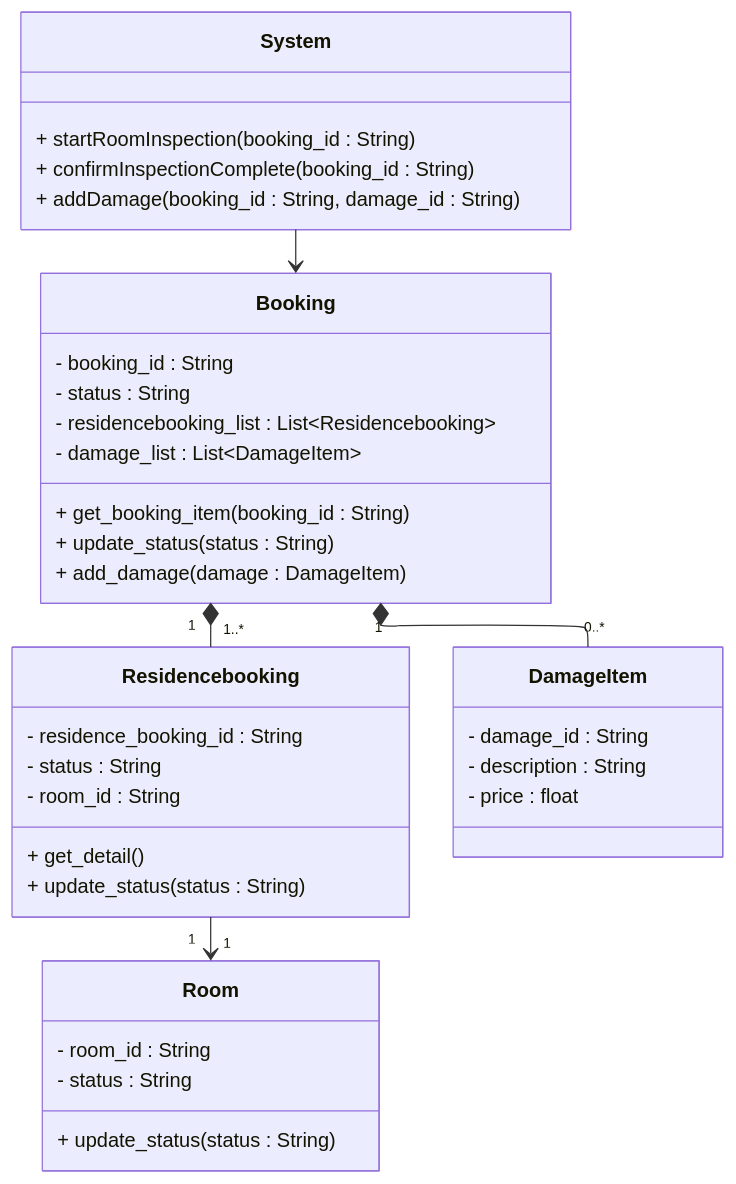
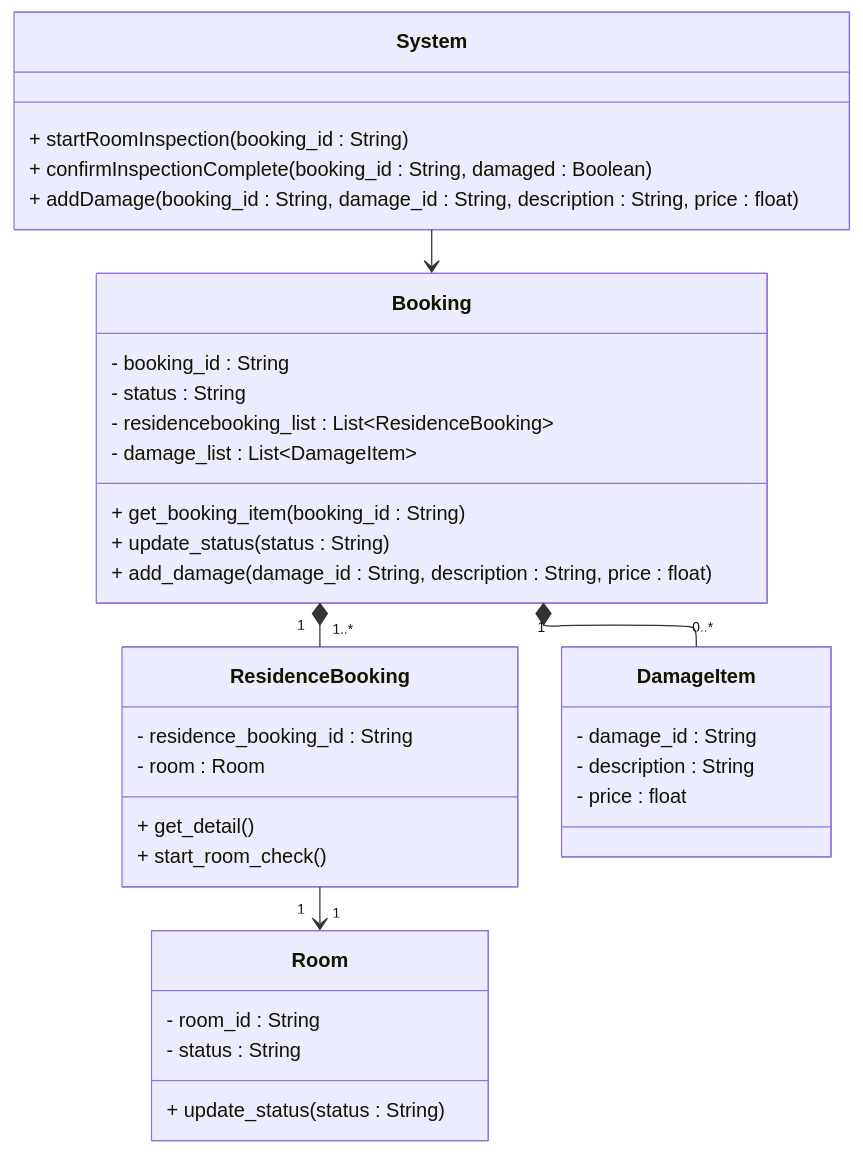
The diagram in Classcheckroom.mmd (NamkingArea86/trip-oop-project), drawn with Mermaid before and after one commit. The commit also changed 4 other files, not shown here.

```diff
--- a/Classcheckroom.mmd
+++ b/Classcheckroom.mmd
@@ -1,50 +1,49 @@
 ---
 config:
   layout: elk
 ---
 classDiagram
 direction TB
 
 class System {
     + startRoomInspection(booking_id : String)
-    + confirmInspectionComplete(booking_id : String)
-    + addDamage(booking_id : String, damage_id : String)
+    + confirmInspectionComplete(booking_id : String, damaged : Boolean)
+    + addDamage(booking_id : String, damage_id : String, description : String, price : float)
 }
 
 class Booking {
     - booking_id : String
     - status : String
-    - residencebooking_list : List~Residencebooking~
+    - residencebooking_list : List~ResidenceBooking~
     - damage_list : List~DamageItem~
     + get_booking_item(booking_id : String)
     + update_status(status : String)
-    + add_damage(damage : DamageItem)
+    + add_damage(damage_id : String, description : String, price : float)
 }
 
-class Residencebooking {
+class ResidenceBooking {
     - residence_booking_id : String
-    - status : String
-    - room_id : String
-    + get_detail() 
-    + update_status(status : String)
+    - room : Room
+    + get_detail()
+    + start_room_check()
 }
 
 class Room {
     - room_id : String
     - status : String
     + update_status(status : String)
 }
 
 class DamageItem {
     - damage_id : String
     - description : String
     - price : float
 }
 
 %% ---------------- Relationships ----------------
 
 System --> Booking
 
-Booking "1" *-- "1..*" Residencebooking
+Booking "1" *-- "1..*" ResidenceBooking
 Booking "1" *-- "0..*" DamageItem
-Residencebooking "1" --> "1" Room
+ResidenceBooking "1" --> "1" Room
```
